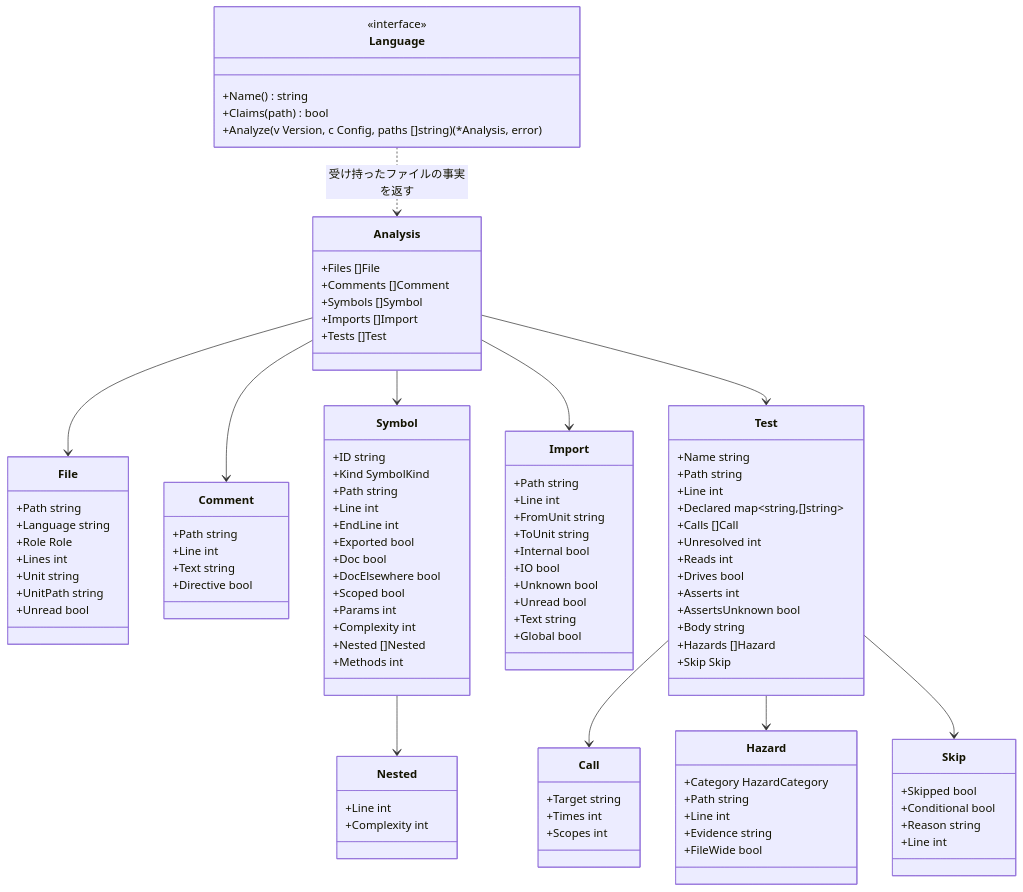
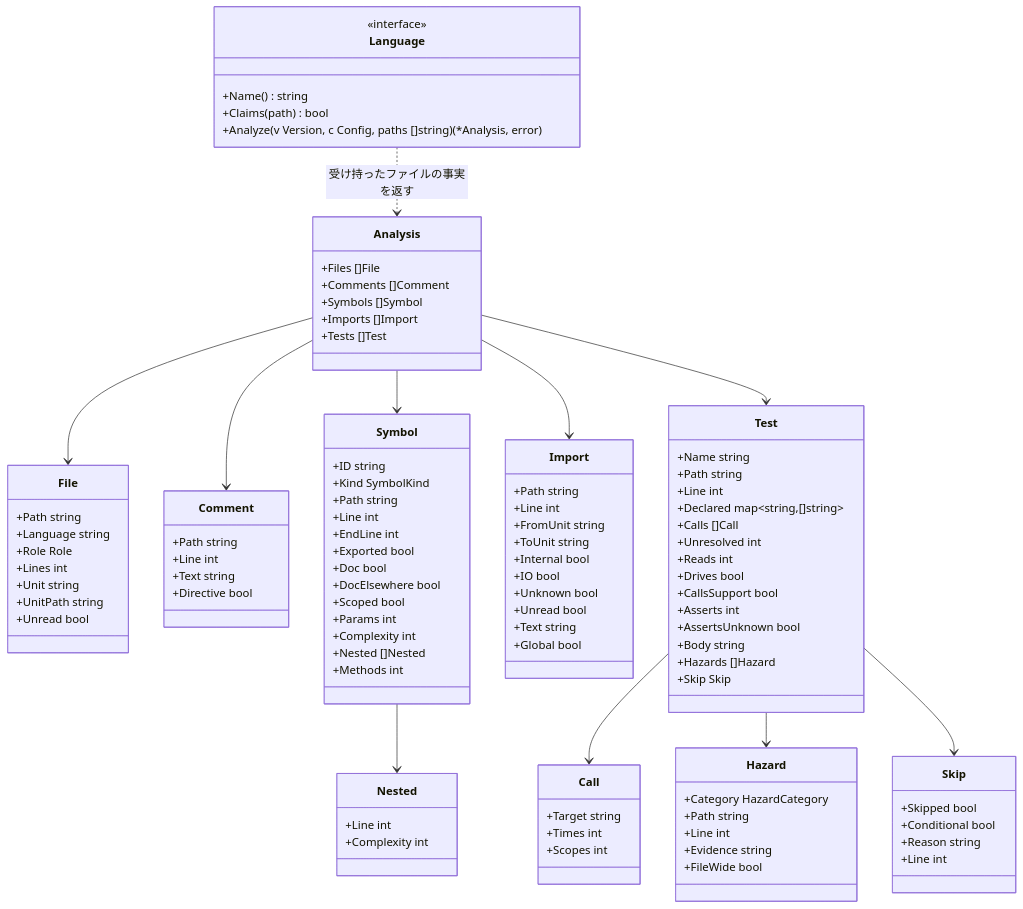
The diagram in docs/design/adapters.ja.md (rerorets/hadome), drawn with Mermaid before and after one commit. The commit also changed other lines of this file and 21 other files, not shown here.

```diff
--- a/docs/design/adapters.ja.md
+++ b/docs/design/adapters.ja.md
@@ -84,6 +84,7 @@
     +Unresolved int
     +Reads int
     +Drives bool
+    +CallsSupport bool
     +Asserts int
     +AssertsUnknown bool
     +Body string
```
